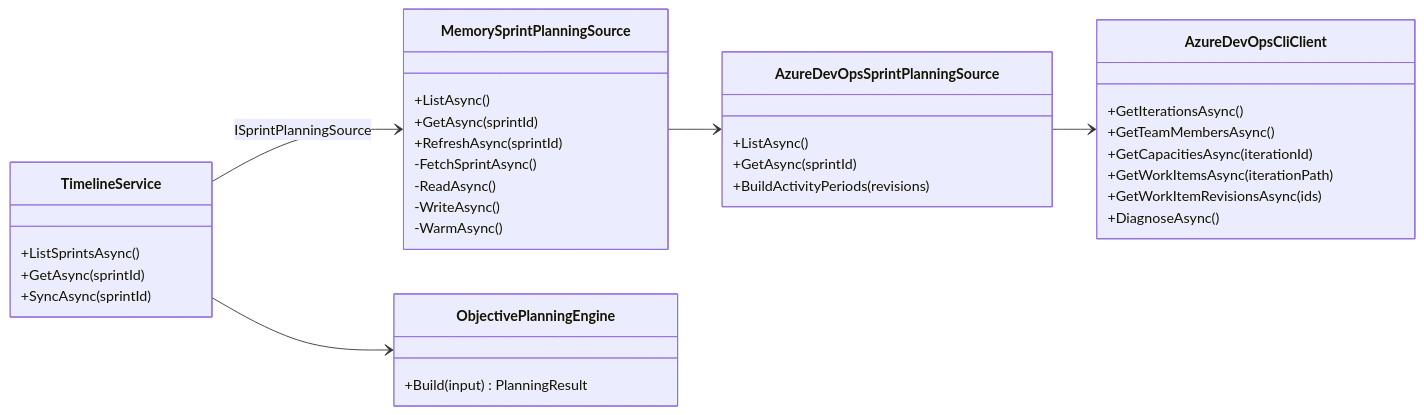
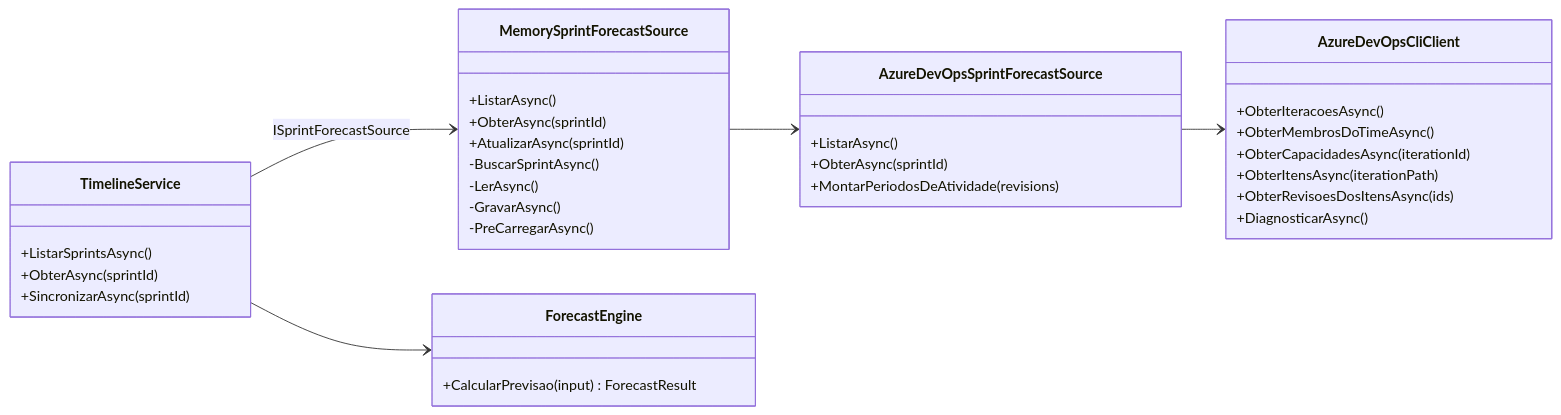
One commit to alepspizzetti/SprintFlow changed the second of 7 diagrams in .docs/ARQUITETURA.md. Above: the diagram before and after it, drawn with Mermaid. The commit also changed other lines of this file and 31 other files, not shown here.

First line of the commit message:
Feat:atualiza previsão de sprint e timeline

````diff
--- a/.docs/ARQUITETURA.md
+++ b/.docs/ARQUITETURA.md
@@ -76,38 +76,38 @@
 ```mermaid
 classDiagram
   direction LR
   class TimelineService {
-    +ListSprintsAsync()
-    +GetAsync(sprintId)
-    +SyncAsync(sprintId)
+    +ListarSprintsAsync()
+    +ObterAsync(sprintId)
+    +SincronizarAsync(sprintId)
   }
-  class MemorySprintPlanningSource {
-    +ListAsync()
-    +GetAsync(sprintId)
-    +RefreshAsync(sprintId)
-    -FetchSprintAsync()
-    -ReadAsync()
-    -WriteAsync()
-    -WarmAsync()
+  class MemorySprintForecastSource {
+    +ListarAsync()
+    +ObterAsync(sprintId)
+    +AtualizarAsync(sprintId)
+    -BuscarSprintAsync()
+    -LerAsync()
+    -GravarAsync()
+    -PreCarregarAsync()
   }
-  class AzureDevOpsSprintPlanningSource {
-    +ListAsync()
-    +GetAsync(sprintId)
-    +BuildActivityPeriods(revisions)
+  class AzureDevOpsSprintForecastSource {
+    +ListarAsync()
+    +ObterAsync(sprintId)
+    +MontarPeriodosDeAtividade(revisions)
   }
   class AzureDevOpsCliClient {
-    +GetIterationsAsync()
-    +GetTeamMembersAsync()
-    +GetCapacitiesAsync(iterationId)
-    +GetWorkItemsAsync(iterationPath)
-    +GetWorkItemRevisionsAsync(ids)
-    +DiagnoseAsync()
+    +ObterIteracoesAsync()
+    +ObterMembrosDoTimeAsync()
+    +ObterCapacidadesAsync(iterationId)
+    +ObterItensAsync(iterationPath)
+    +ObterRevisoesDosItensAsync(ids)
+    +DiagnosticarAsync()
   }
-  class ObjectivePlanningEngine {
-    +Build(input) PlanningResult
+  class ForecastEngine {
+    +CalcularPrevisao(input) ForecastResult
   }
-  TimelineService --> MemorySprintPlanningSource : ISprintPlanningSource
-  TimelineService --> ObjectivePlanningEngine
-  MemorySprintPlanningSource --> AzureDevOpsSprintPlanningSource
-  AzureDevOpsSprintPlanningSource --> AzureDevOpsCliClient
+  TimelineService --> MemorySprintForecastSource : ISprintForecastSource
+  TimelineService --> ForecastEngine
+  MemorySprintForecastSource --> AzureDevOpsSprintForecastSource
+  AzureDevOpsSprintForecastSource --> AzureDevOpsCliClient
 ```
````
